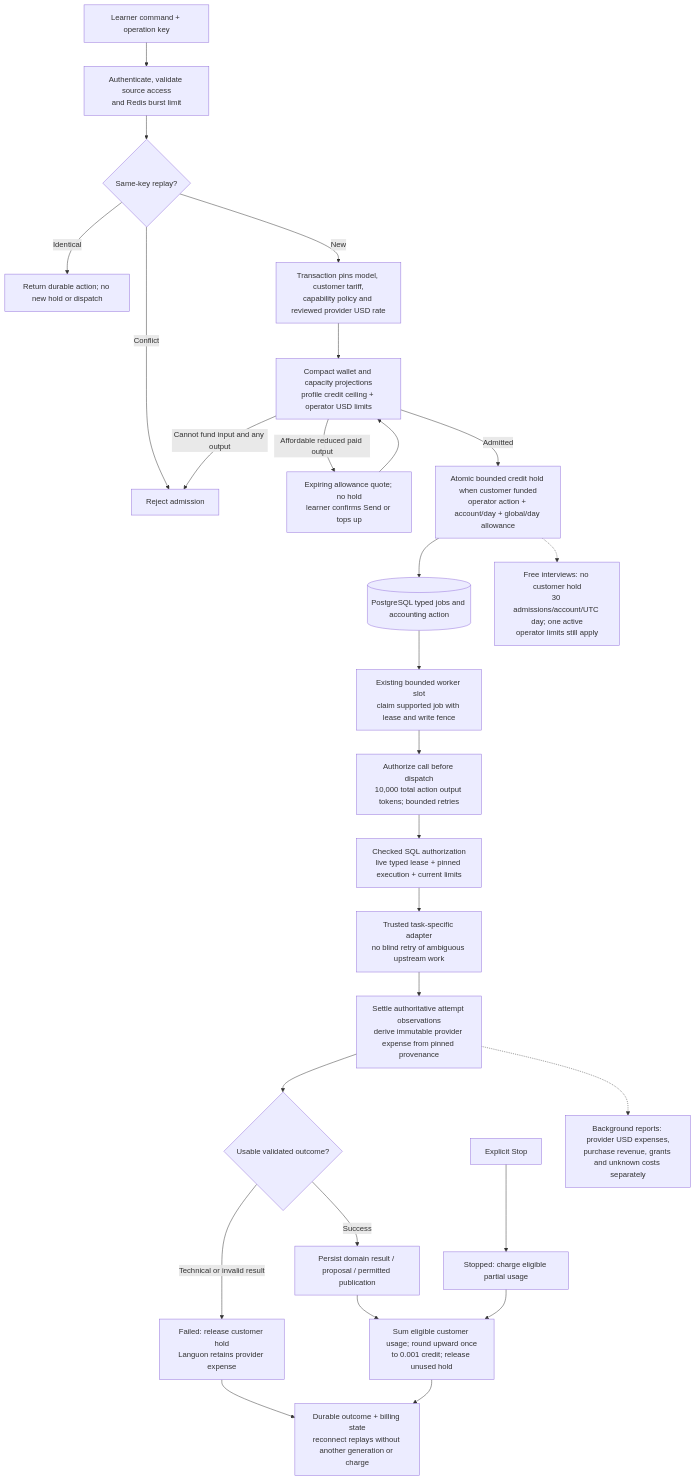
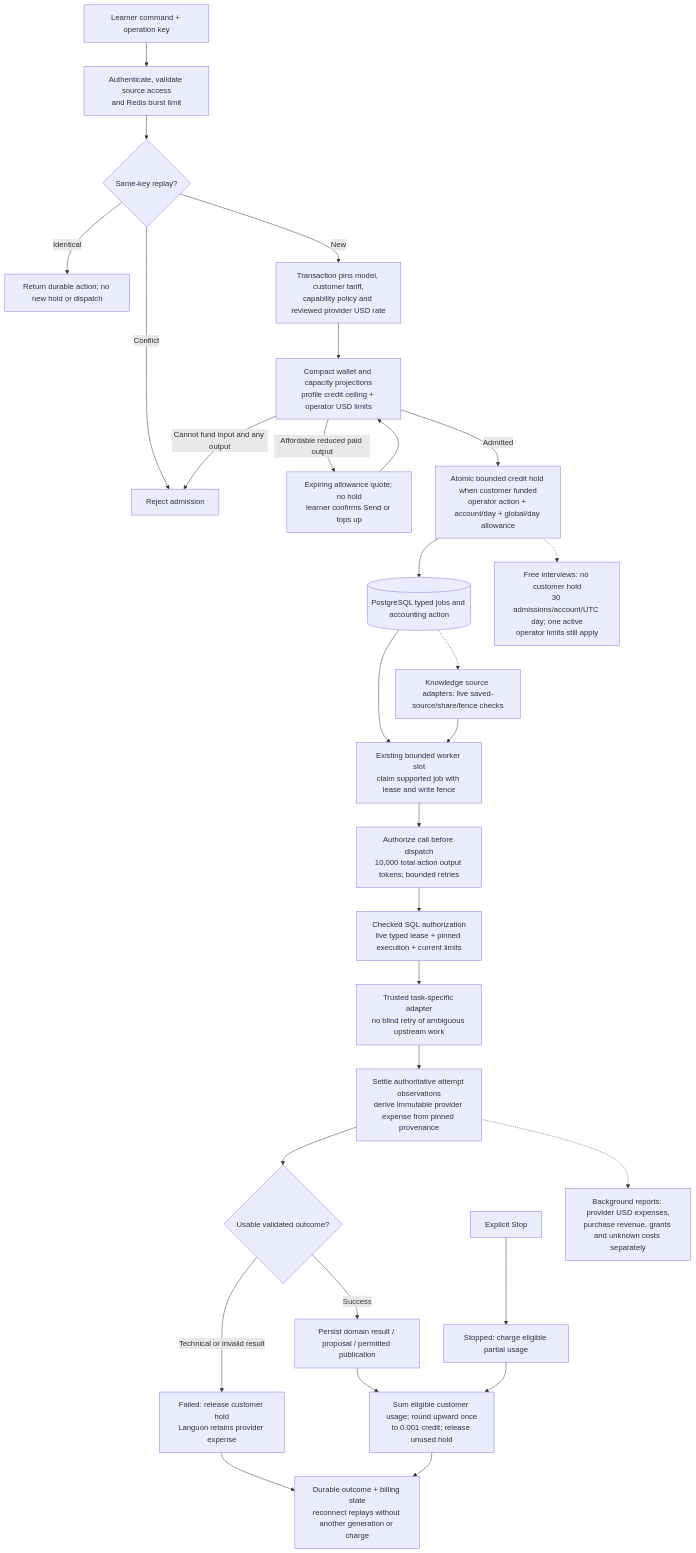
One commit to nickotov/languon-platform changed the diagram in docs/diagrams/ai-job-lifecycle.md. Above: the diagram before and after it, drawn with Mermaid. The commit also changed other lines of this file and 2857 other files, not shown here.

````diff
--- a/docs/diagrams/ai-job-lifecycle.md
+++ b/docs/diagrams/ai-job-lifecycle.md
@@ -47,44 +58,46 @@
 ```mermaid
 flowchart TB
     Client["Learner command + operation key"] --> Auth["Authenticate, validate source access
 and Redis burst limit"]
     Auth --> Replay{"Same-key replay?"}
     Replay -->|Identical| Existing["Return durable action; no new hold or dispatch"]
     Replay -->|Conflict| Reject["Reject admission"]
     Replay -->|New| Pin["Transaction pins model, customer tariff,
 capability policy and reviewed provider USD rate"]
     Pin --> Gates["Compact wallet and capacity projections
 profile credit ceiling + operator USD limits"]
     Gates -->|Cannot fund input and any output| Reject
     Gates -->|Affordable reduced paid output| Quote["Expiring allowance quote; no hold
 learner confirms Send or tops up"] --> Gates
     Gates -->|Admitted| Hold["Atomic bounded credit hold when customer funded
 operator action + account/day + global/day allowance"]
     Hold --> Queue[("PostgreSQL typed jobs and accounting action")]
     Queue --> Worker["Existing bounded worker slot
 claim supported job with lease and write fence"]
     Worker --> Attempt["Authorize call before dispatch
 10,000 total action output tokens; bounded retries"]
     Attempt --> Checked["Checked SQL authorization
 live typed lease + pinned execution + current limits"]
     Checked --> Provider["Trusted task-specific adapter
 no blind retry of ambiguous upstream work"]
     Provider --> Usage["Settle authoritative attempt observations
 derive immutable provider expense from pinned provenance"]
     Usage --> Valid{"Usable validated outcome?"}
     Valid -->|Success| Publish["Persist domain result / proposal / permitted publication"]
     Valid -->|Technical or invalid result| Failure["Failed: release customer hold
 Languon retains provider expense"]
     Stop["Explicit Stop"] --> Partial["Stopped: charge eligible partial usage"]
     Publish --> Settle["Sum eligible customer usage; round upward once
 to 0.001 credit; release unused hold"]
     Partial --> Settle
     Failure --> Poll
     Settle --> Poll["Durable outcome + billing state
 reconnect replays without another generation or charge"]
     Hold -.-> Free["Free interviews: no customer hold
 30 admissions/account/UTC day; one active
 operator limits still apply"]
     Usage -.-> Report["Background reports: provider USD expenses,
 purchase revenue, grants and unknown costs separately"]
+    Queue -.-> SourceFence["Knowledge source adapters: live saved-source/share/fence checks"]
+    SourceFence --> Worker
 ```
````
